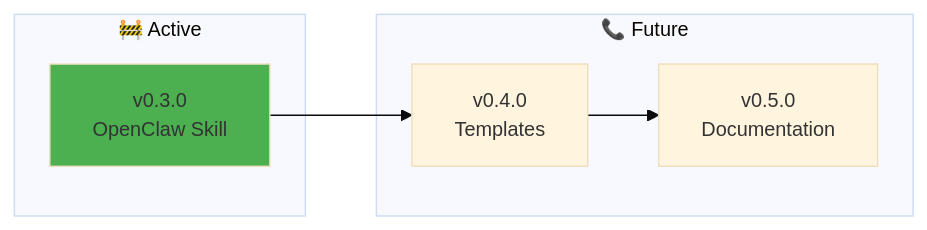
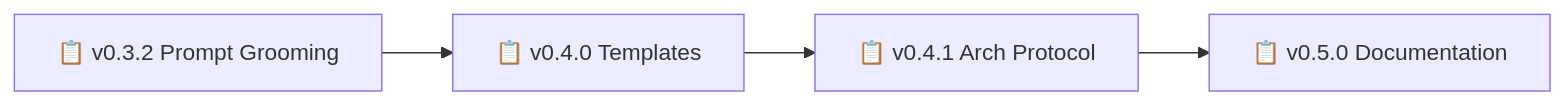
One commit to nonlinear/backstage changed the diagram in README.md. Above: the diagram before and after it, drawn with Mermaid. The commit also changed 5 other files, not shown here.

Commit message:
Add navigation blocks + mermaid diagrams to all backstage files (v0.3.4)

````diff
--- a/README.md
+++ b/README.md
@@ -50,17 +50,6 @@
 ```mermaid
-%%{init: {'theme':'base', 'themeVariables': { 'fontSize':'14px'}}}%%
 graph LR
-    subgraph "🚧 Active"
-        V03[v0.3.0<br/>OpenClaw Skill]
-    end
-    
-    subgraph "📞 Future"
-        V04[v0.4.0<br/>Templates]
-        V05[v0.5.0<br/>Documentation]
-    end
-
-    V03 --> V04
-    V04 --> V05
-    
-    style V03 fill:#4CAF50
+    A[📋 v0.3.2 Prompt Grooming] --> B[📋 v0.4.0 Templates]
+    B --> C[📋 v0.4.1 Arch Protocol]
+    C --> D[📋 v0.5.0 Documentation]
 ```
````
